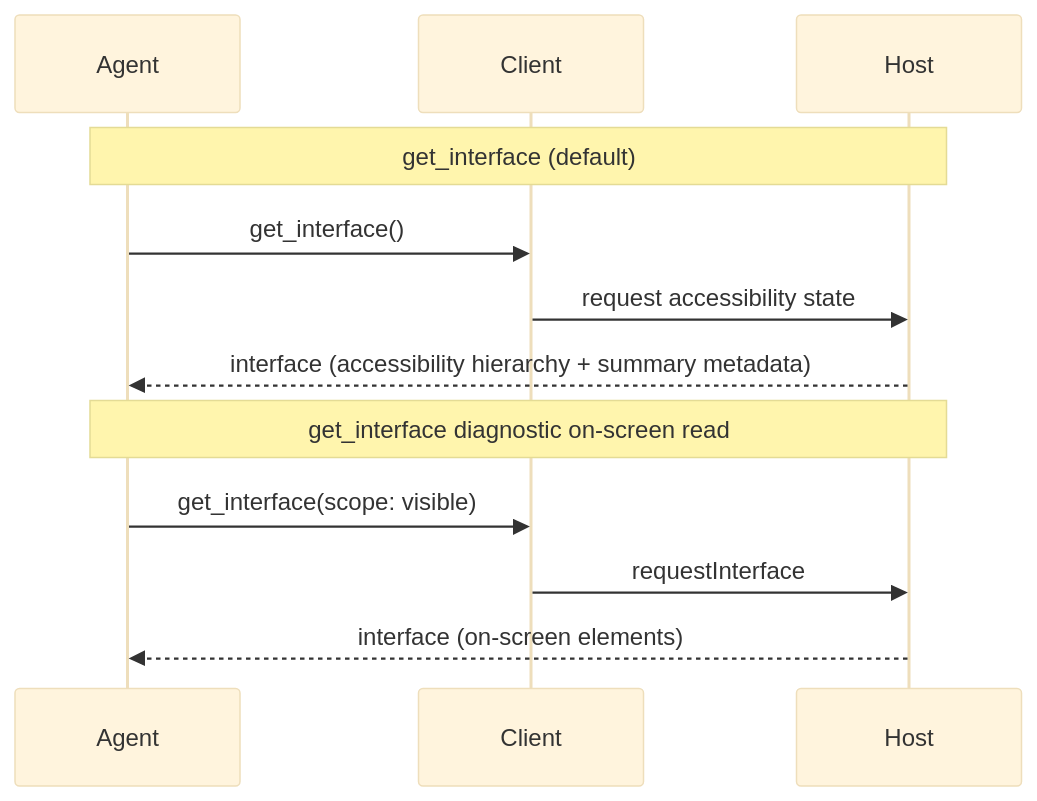
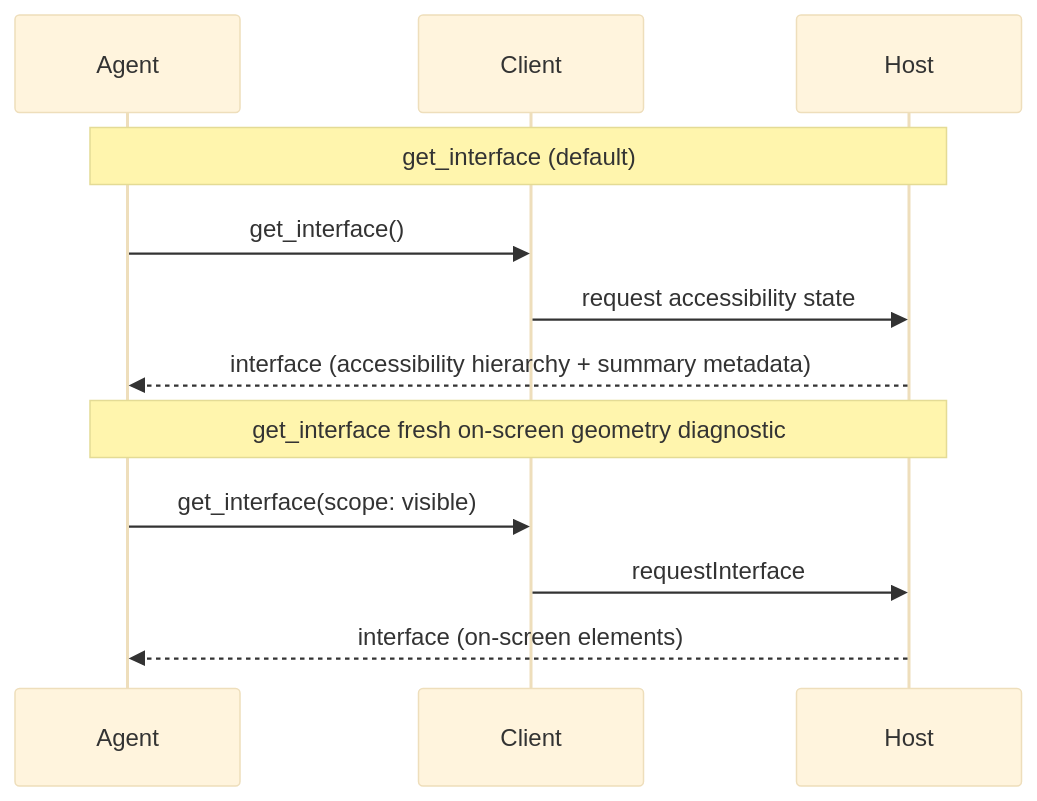
One commit to RoyalPineapple/TheButtonHeist changed the second of 5 diagrams in docs/WIRE-PROTOCOL.md. Above: the diagram before and after it, drawn with Mermaid (base theme). The commit also changed other lines of this file and 14 other files, not shown here.

Commit message:
Clarify get_interface full and visible contract

````diff
--- a/docs/WIRE-PROTOCOL.md
+++ b/docs/WIRE-PROTOCOL.md
@@ -881,16 +881,16 @@
 ```mermaid
 sequenceDiagram
     participant Agent
     participant Client
     participant Host
 
     Note over Agent,Host: get_interface (default)
     Agent->>Client: get_interface()
     Client->>Host: request accessibility state
     Host-->>Agent: interface (accessibility hierarchy + summary metadata)
 
-    Note over Agent,Host: get_interface diagnostic on-screen read
+    Note over Agent,Host: get_interface fresh on-screen geometry diagnostic
     Agent->>Client: get_interface(scope: visible)
     Client->>Host: requestInterface
     Host-->>Agent: interface (on-screen elements)
 ```
````
